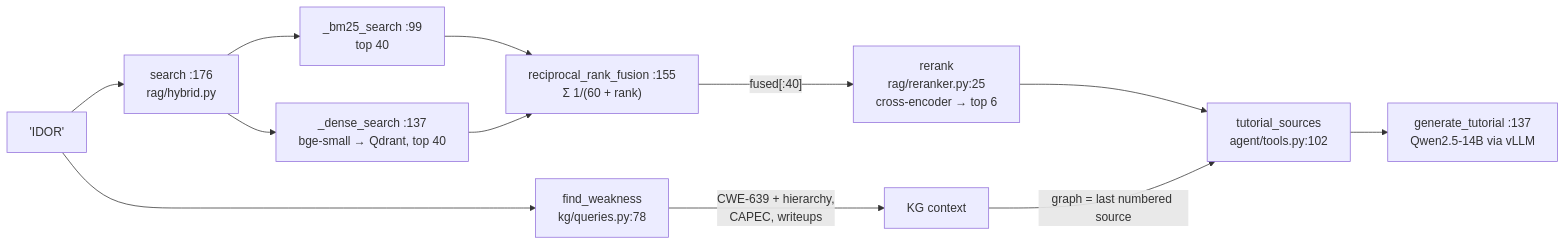
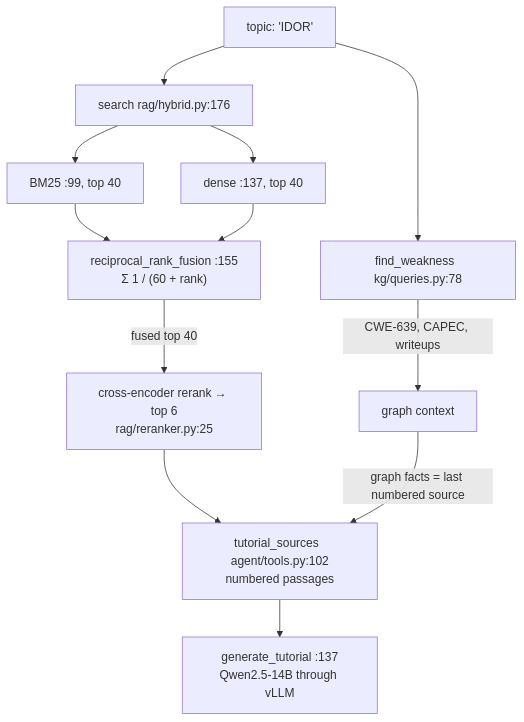
Before and after one commit to jayavardhan-g/projects-vault: the first of 4 diagrams in Interview prep/Days/Day 12 - BountyBrain.md, drawn with Mermaid. The commit also changed other lines of this file and 12 other files, not shown here.

First line of the commit message:
projects: Days 2-14 "Code, explained": full-width top-to-bottom diagrams, a figure per section, and a step-by-step flow per day

````diff
--- a/Interview prep/Days/Day 12 - BountyBrain.md
+++ b/Interview prep/Days/Day 12 - BountyBrain.md
@@ -104,14 +104,14 @@
 ```mermaid
-flowchart LR
-  T["'IDOR'"] --> FW["find_weakness<br/>kg/queries.py:78"]
-  FW -->|"CWE-639 + hierarchy,<br/>CAPEC, writeups"| CTX["KG context"]
-  T --> HS["search :176<br/>rag/hybrid.py"]
-  HS --> BM["_bm25_search :99<br/>top 40"]
-  HS --> DN["_dense_search :137<br/>bge-small → Qdrant, top 40"]
-  BM --> RRF["reciprocal_rank_fusion :155<br/>Σ 1/(60 + rank)"]
+flowchart TB
+  T["topic: 'IDOR'"] --> FW["find_weakness  kg/queries.py:78"]
+  T --> HS["search  rag/hybrid.py:176"]
+  FW -->|"CWE-639, CAPEC, writeups"| CTX["graph context"]
+  HS --> BM["BM25 :99, top 40"]
+  HS --> DN["dense :137, top 40"]
+  BM --> RRF["reciprocal_rank_fusion :155<br/>Σ 1 / (60 + rank)"]
   DN --> RRF
-  RRF -->|"fused[:40]"| RR["rerank<br/>rag/reranker.py:25<br/>cross-encoder → top 6"]
-  RR --> SRC["tutorial_sources<br/>agent/tools.py:102"]
-  CTX -->|"graph = last numbered source"| SRC
-  SRC --> GEN["generate_tutorial :137<br/>Qwen2.5-14B via vLLM"]
+  RRF -->|"fused top 40"| RR["cross-encoder rerank → top 6<br/>rag/reranker.py:25"]
+  RR --> SRC["tutorial_sources  agent/tools.py:102<br/>numbered passages"]
+  CTX -->|"graph facts = last numbered source"| SRC
+  SRC --> GEN["generate_tutorial :137<br/>Qwen2.5-14B through vLLM"]
 ```
````
